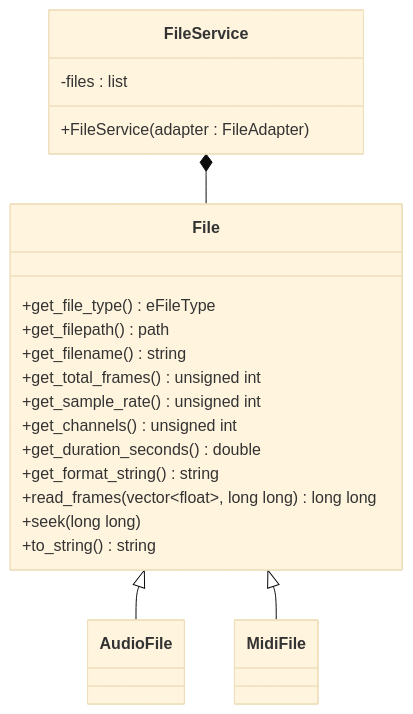
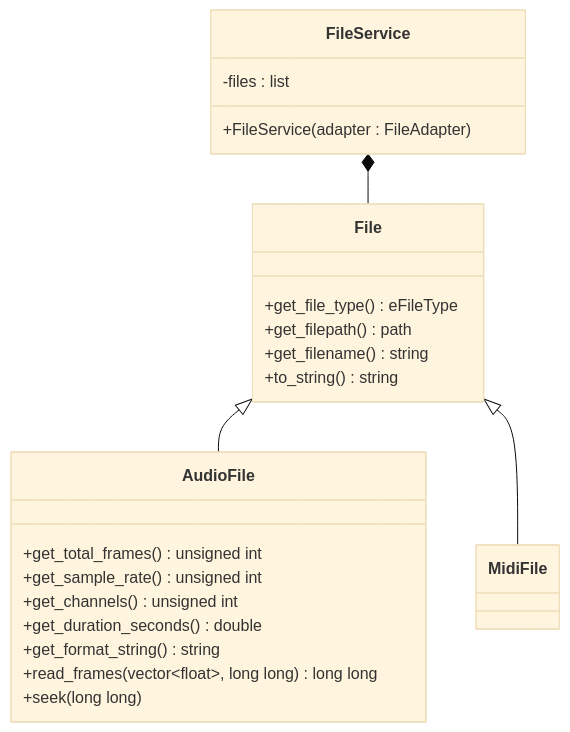
Before and after one commit to aidan-clyens/miniaudioengine: diagram 11 of 22 in docs/DESIGN_DOC.md, drawn with Mermaid (base theme). The commit also changed other lines of this file and 1 other file, not shown here.

````diff
--- a/docs/DESIGN_DOC.md
+++ b/docs/DESIGN_DOC.md
@@ -422,34 +416,33 @@
 ```mermaid
 classDiagram
 
     class FileService {
         -files : list<File>
         +FileService(adapter : FileAdapter)
     }
 
     class File {
         +get_file_type() eFileType
         +get_filepath() path
         +get_filename() string
+        +to_string() string
+    }
+
+    class AudioFile {
         +get_total_frames() unsigned int
         +get_sample_rate() unsigned int
         +get_channels() unsigned int
         +get_duration_seconds() double
         +get_format_string() string
         +read_frames(vector~float~, long long) long long
         +seek(long long)
-        +to_string() string
-    }
-
-    class AudioFile {
-
     }
 
     class MidiFile {
 
     }
 
     FileService *-- File
     File <|-- AudioFile
     File <|-- MidiFile
 ```
````
